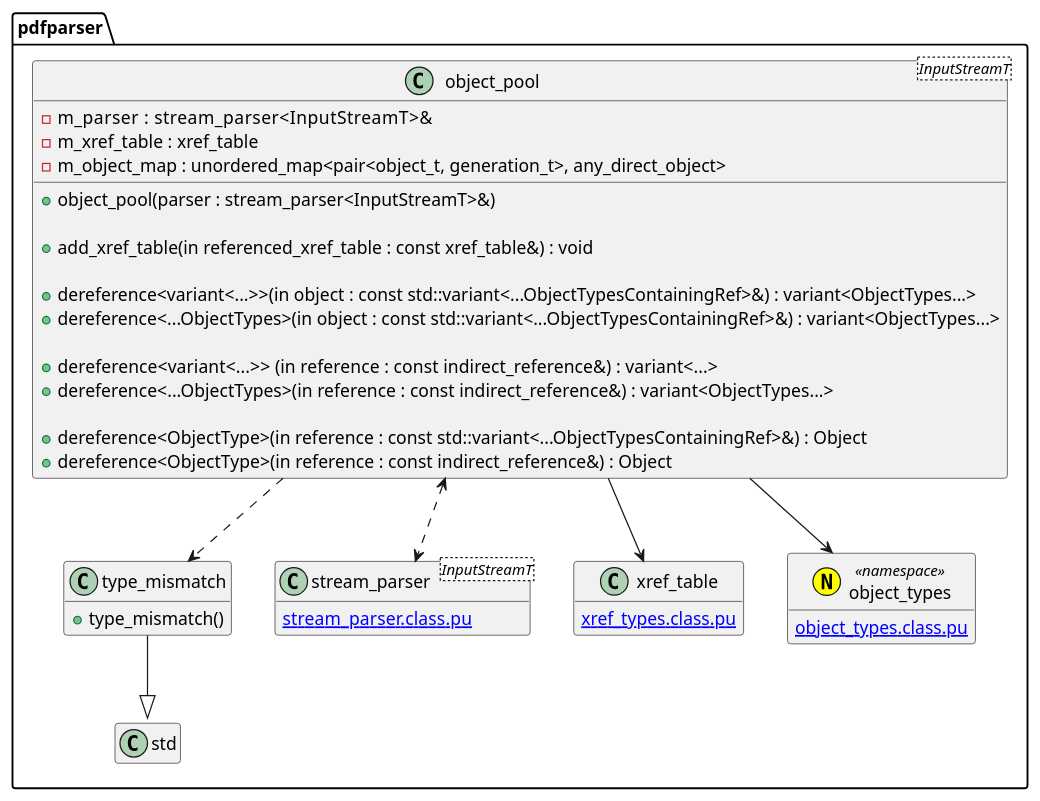
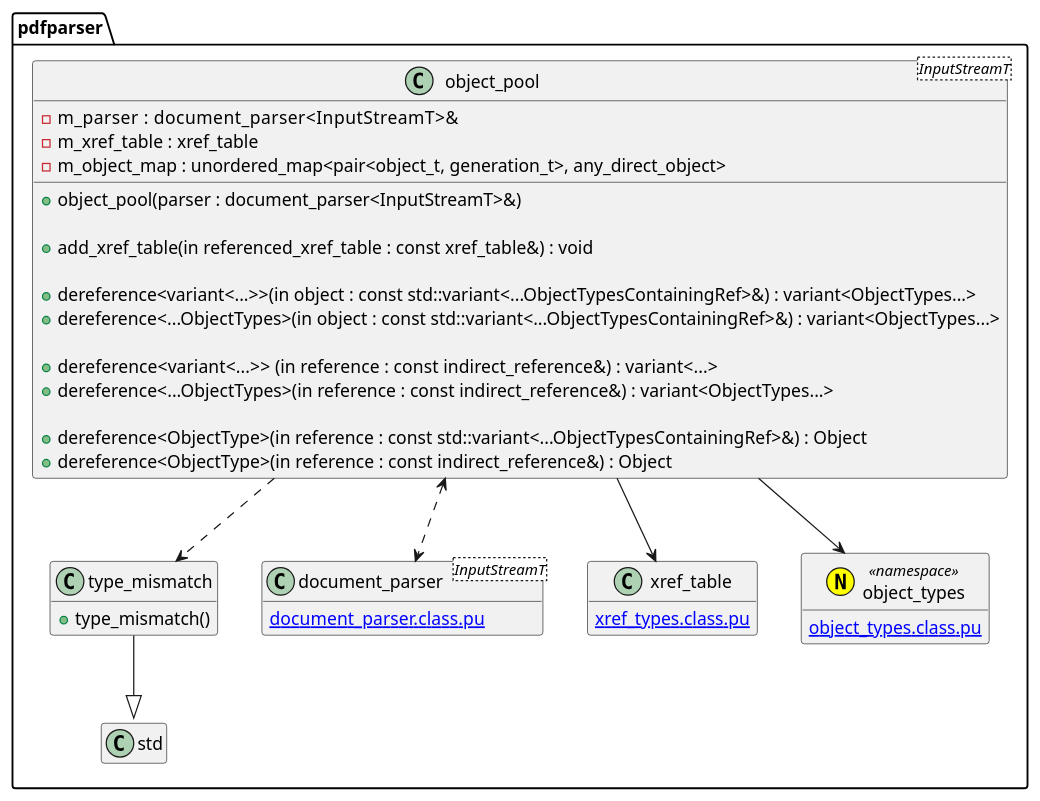
One commit to KodaiYM/PDFReader changed the diagram in document/object_pool/object_pool.class.pu. Above: the diagram before and after it, drawn with PlantUML. The commit also changed 10 other files, not shown here.

Commit message:
stream_parser を document_parser に名前変更

```diff
--- a/document/object_pool/object_pool.class.pu
+++ b/document/object_pool/object_pool.class.pu
@@ -1,44 +1,44 @@
 @startuml object_pool
 hide empty members
 namespace pdfparser {
 class type_mismatch {
 	+type_mismatch()
 }
 type_mismatch --|> std::runtime_error
 
 class object_pool<InputStreamT> {
-	-m_parser     : stream_parser<InputStreamT>&
+	-m_parser     : document_parser<InputStreamT>&
 	-m_xref_table : xref_table
 	-m_object_map : unordered_map<pair<object_t, generation_t>, any_direct_object>
 
-	+object_pool(parser : stream_parser<InputStreamT>&)
+	+object_pool(parser : document_parser<InputStreamT>&)
 
 	+add_xref_table(in referenced_xref_table : const xref_table&) : void
 
 	' NOTE: variant 版は必要になったら実装
 	+dereference<variant<...>>(in object : const std::variant<...ObjectTypesContainingRef>&) : variant<ObjectTypes...>
 	+dereference<...ObjectTypes>(in object : const std::variant<...ObjectTypesContainingRef>&) : variant<ObjectTypes...>
 
 	' NOTE: variant 版は必要になったら実装
 	+dereference<variant<...>>  (in reference : const indirect_reference&) : variant<...>
 	+dereference<...ObjectTypes>(in reference : const indirect_reference&) : variant<ObjectTypes...>
 
 	+dereference<ObjectType>(in reference : const std::variant<...ObjectTypesContainingRef>&) : Object
 	+dereference<ObjectType>(in reference : const indirect_reference&) : Object
 }
-object_pool <..> stream_parser
+object_pool <..> document_parser
 object_pool --> xref_table
 object_pool --> object_types
 object_pool ..> type_mismatch
 
-class stream_parser<InputStreamT> {
-	[[stream_parser.class.pu]]
+class document_parser<InputStreamT> {
+	[[document_parser.class.pu]]
 }
 class xref_table {
 	[[xref_types.class.pu]]
 }
 annotation object_types <<(N, yellow) namespace>> {
 	[[object_types.class.pu]]
 }
 }
 @enduml
```
